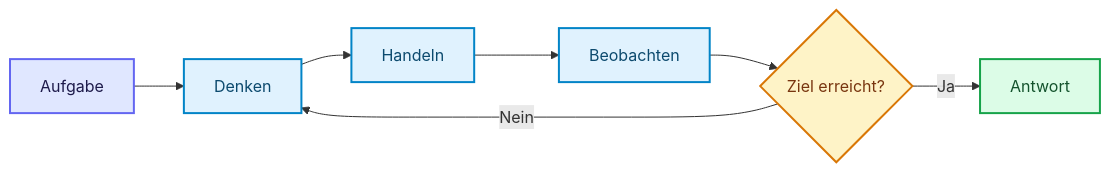
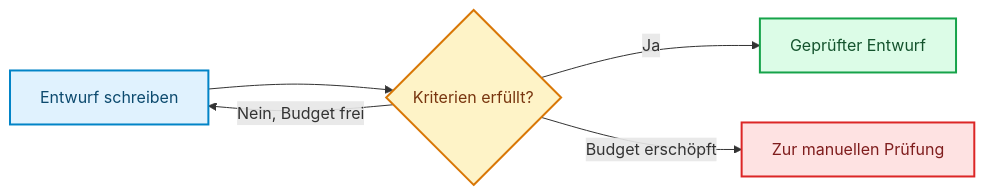
One commit to ralf-42/Agenten changed the fifth of 8 diagrams in docs/04-agenten-implementierung/entwurf/agent-architekturen.md. Above: the diagram before and after it, drawn with Mermaid. The commit also changed other lines of this file and 12 other files, not shown here.

````diff
--- a/docs/04-agenten-implementierung/entwurf/agent-architekturen.md
+++ b/docs/04-agenten-implementierung/entwurf/agent-architekturen.md
@@ -285,18 +153,14 @@
 ```mermaid
 flowchart LR
-    A[Aufgabe] --> B[Denken]
-    B --> C[Handeln]
-    C --> D[Beobachten]
-    D --> E{Ziel erreicht?}
-    E -->|Nein| B
-    E -->|Ja| F[Antwort]
-
+    W["Entwurf schreiben"] --> P{"Kriterien erfüllt?"}
+    P -->|Ja| B["Geprüfter Entwurf"]
+    P -->|Nein, Budget frei| W
+    P -->|Budget erschöpft| H["Zur manuellen Prüfung"]
     classDef default fill:#e0f2fe,stroke:#0284c7,stroke-width:2px,color:#0c4a6e;
-    classDef input fill:#e0e7ff,stroke:#6366f1,stroke-width:2px,color:#1e1b4b;
     classDef metric fill:#fef3c7,stroke:#d97706,stroke-width:2px,color:#78350f;
     classDef output fill:#dcfce7,stroke:#16a34a,stroke-width:2px,color:#14532d;
-
-    class A input;
-    class E metric;
-    class F output;
+    classDef stop fill:#fee2e2,stroke:#dc2626,stroke-width:2px,color:#7f1d1d;
+    class P metric;
+    class B output;
+    class H stop;
 ```
````
